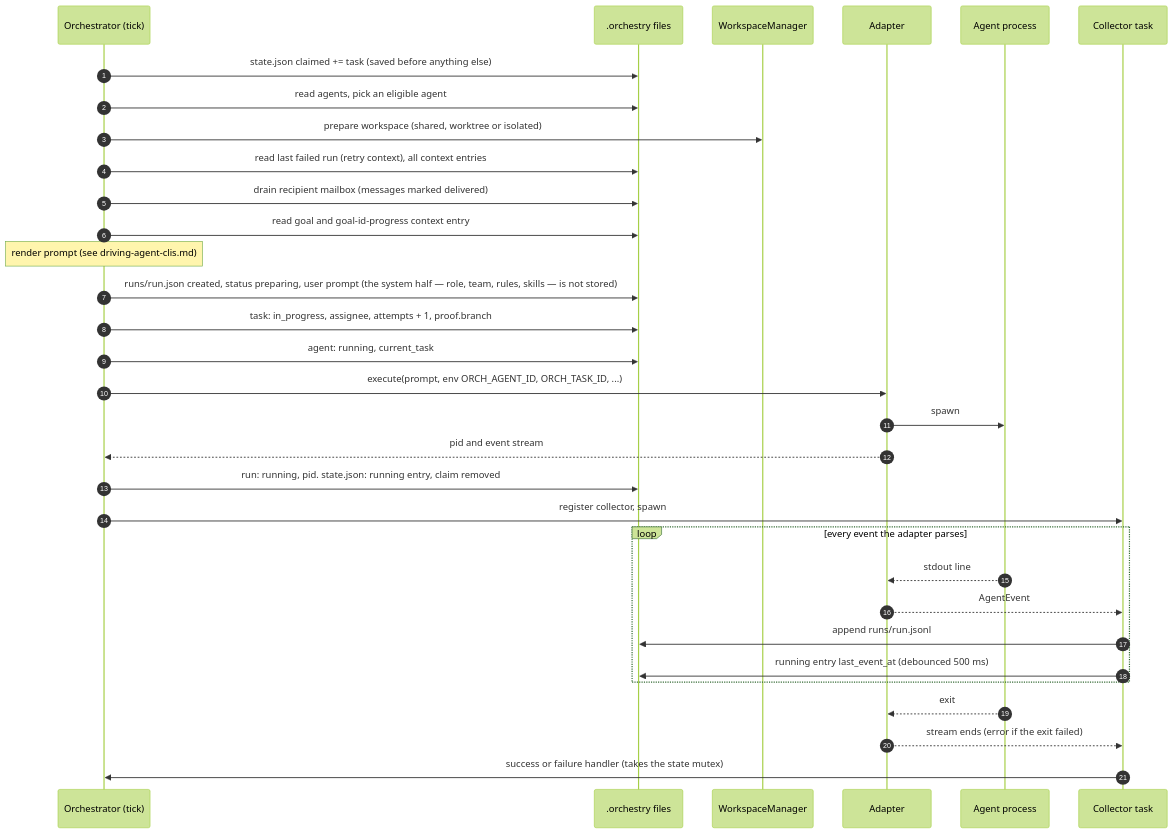
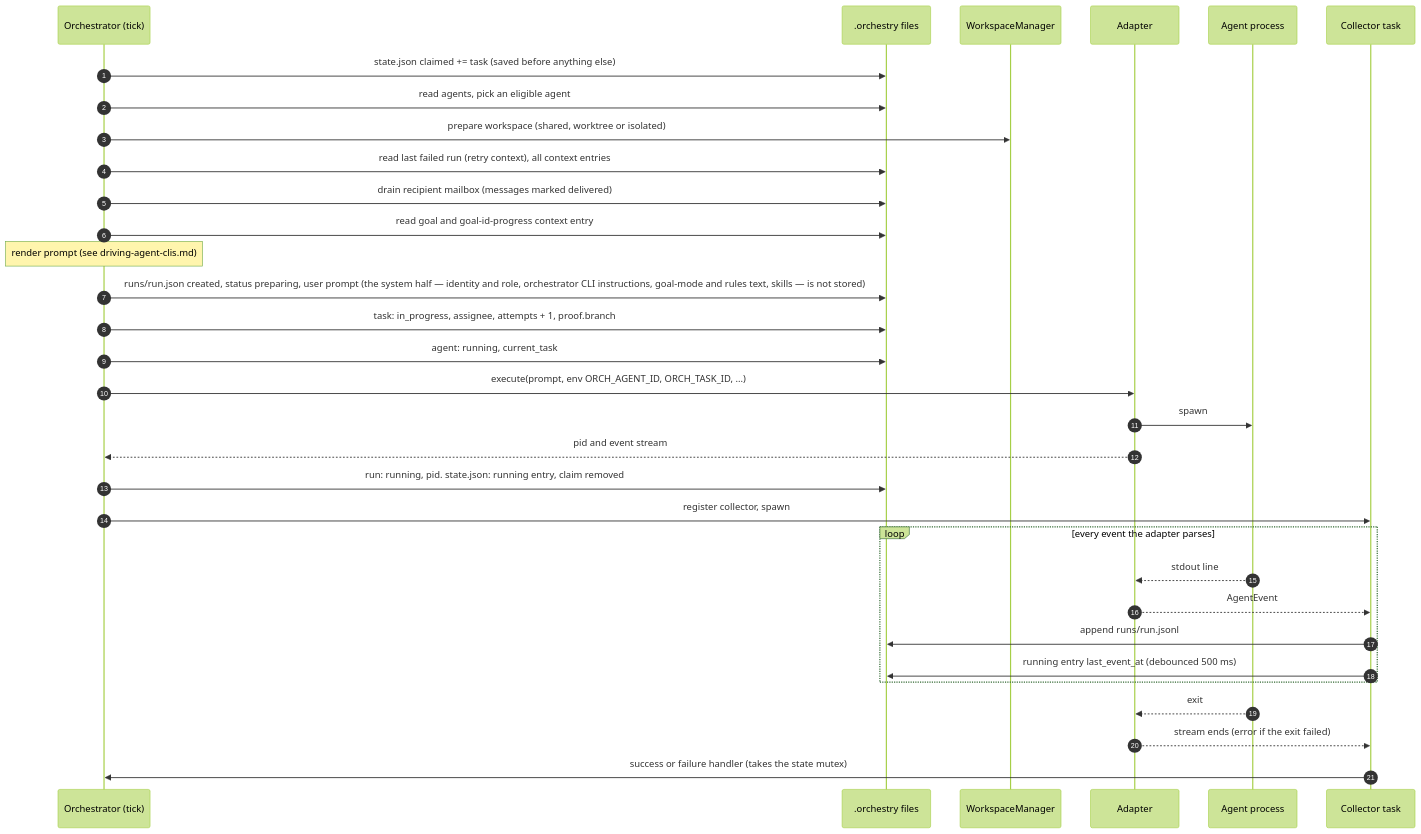
The third of 11 diagrams in docs/internal/orchestration.md (yuxhuang/r-orch), drawn with Mermaid (forest theme) before and after one commit. The commit also changed other lines of this file, not shown here.

Commit message:
docs(engineering): correct system-half contents in orchestration.md run-record wording

````diff
--- a/docs/internal/orchestration.md
+++ b/docs/internal/orchestration.md
@@ -251,35 +251,35 @@
 ```mermaid
 sequenceDiagram
     autonumber
     participant O as Orchestrator (tick)
     participant FS as .orchestry files
     participant W as WorkspaceManager
     participant AD as Adapter
     participant CH as Agent process
     participant CO as Collector task
 
     O->>FS: state.json claimed += task (saved before anything else)
     O->>FS: read agents, pick an eligible agent
     O->>W: prepare workspace (shared, worktree or isolated)
     O->>FS: read last failed run (retry context), all context entries
     O->>FS: drain recipient mailbox (messages marked delivered)
     O->>FS: read goal and goal-id-progress context entry
     Note over O: render prompt (see driving-agent-clis.md)
-    O->>FS: runs/run.json created, status preparing, user prompt (the system half — role, team, rules, skills — is not stored)
+    O->>FS: runs/run.json created, status preparing, user prompt (the system half — identity and role, orchestrator CLI instructions, goal-mode and rules text, skills — is not stored)
     O->>FS: task: in_progress, assignee, attempts + 1, proof.branch
     O->>FS: agent: running, current_task
     O->>AD: execute(prompt, env ORCH_AGENT_ID, ORCH_TASK_ID, ...)
     AD->>CH: spawn
     AD-->>O: pid and event stream
     O->>FS: run: running, pid. state.json: running entry, claim removed
     O->>CO: register collector, spawn
     loop every event the adapter parses
         CH-->>AD: stdout line
         AD-->>CO: AgentEvent
         CO->>FS: append runs/run.jsonl
         CO->>FS: running entry last_event_at (debounced 500 ms)
     end
     CH-->>AD: exit
     AD-->>CO: stream ends (error if the exit failed)
     CO->>O: success or failure handler (takes the state mutex)
 ```
````
